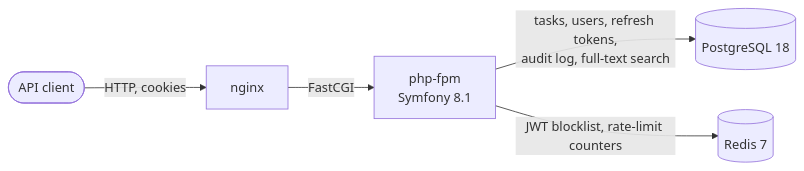
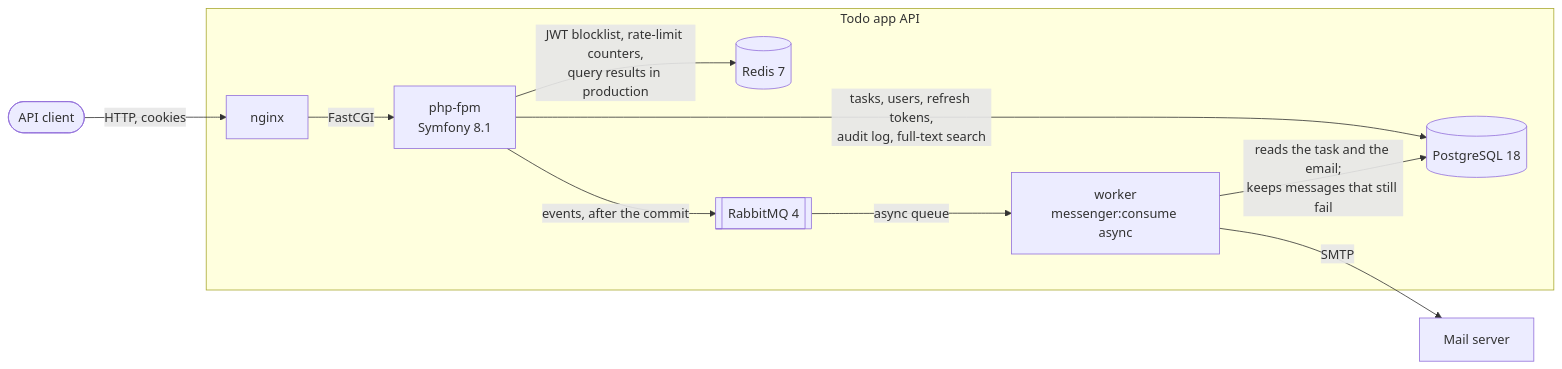
One commit to NikitaSomik/symfony-todo-app changed the second of 6 diagrams in docs/architecture.md. Above: the diagram before and after it, drawn with Mermaid. The commit also changed other lines of this file and 1 other file, not shown here.

Commit message:
docs(repo): draw the system context and the full containers as c4 views (#125)

````diff
--- a/docs/architecture.md
+++ b/docs/architecture.md
@@ -8,13 +32,24 @@
 ```mermaid
 flowchart LR
     client([API client])
-    nginx[nginx]
-    app[php-fpm<br/>Symfony 8.1]
-    db[(PostgreSQL 18)]
-    redis[(Redis 7)]
+
+    subgraph system [Todo app API]
+        nginx[nginx]
+        app[php-fpm<br/>Symfony 8.1]
+        worker[worker<br/>messenger:consume async]
+        db[(PostgreSQL 18)]
+        redis[(Redis 7)]
+        mq[[RabbitMQ 4]]
+    end
+
+    mail[Mail server]
 
     client -->|HTTP, cookies| nginx
     nginx -->|FastCGI| app
     app -->|tasks, users, refresh tokens,<br/>audit log, full-text search| db
-    app -->|JWT blocklist, rate-limit counters| redis
+    app -->|JWT blocklist, rate-limit counters,<br/>query results in production| redis
+    app -->|events, after the commit| mq
+    mq -->|async queue| worker
+    worker -->|reads the task and the email;<br/>keeps messages that still fail| db
+    worker -->|SMTP| mail
 ```
````
